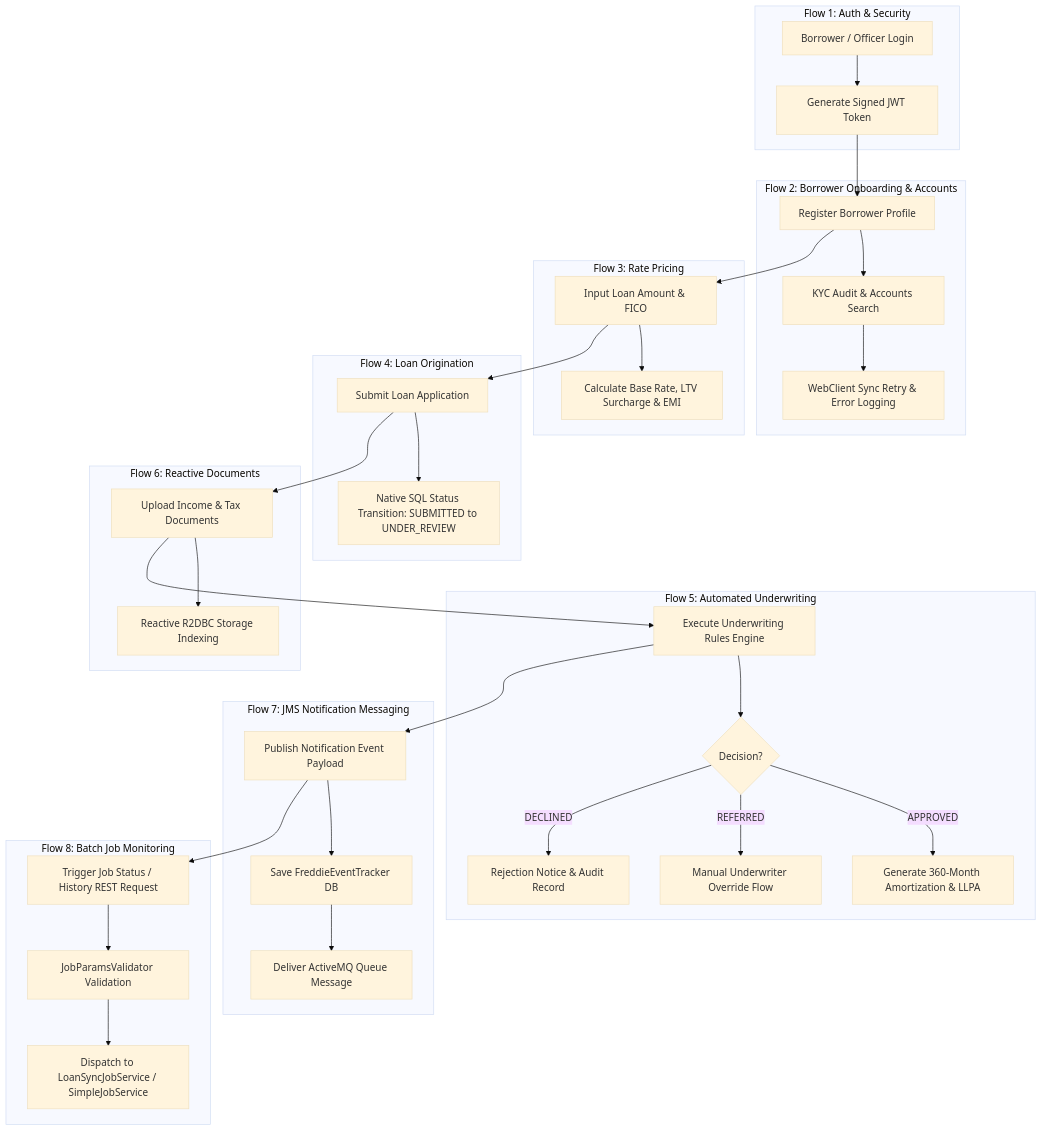
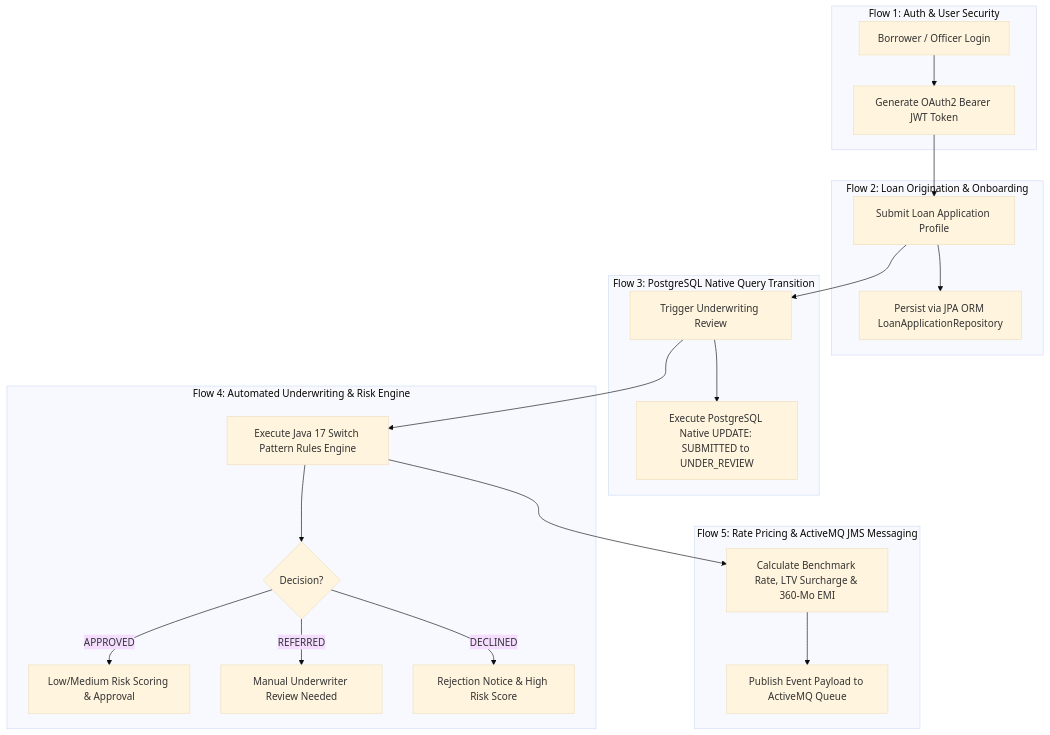
One commit to ramuhexware/Ucount_Mini_Application changed the first of 3 diagrams in freddie-loan-platform/README.md. Above: the diagram before and after it, drawn with Mermaid (base theme). The commit also changed other lines of this file and 269 other files, not shown here.

````diff
--- a/freddie-loan-platform/README.md
+++ b/freddie-loan-platform/README.md
@@ -56,32 +52,23 @@
 ```mermaid
 flowchart TD
-    subgraph Flow 1: Auth & Security
-        A1[Borrower / Officer Login] --> A2[Generate Signed JWT Token]
+    subgraph Flow 1: Auth & User Security
+        A1[Borrower / Officer Login] --> A2[Generate OAuth2 Bearer JWT Token]
     end
-    subgraph Flow 2: Borrower Onboarding & Accounts
-        B1[Register Borrower Profile] --> B2[KYC Audit & Accounts Search] --> B3[WebClient Sync Retry & Error Logging]
+    subgraph Flow 2: Loan Origination & Onboarding
+        B1[Submit Loan Application Profile] --> B2[Persist via JPA ORM LoanApplicationRepository]
     end
-    subgraph Flow 3: Rate Pricing
-        C1[Input Loan Amount & FICO] --> C2[Calculate Base Rate, LTV Surcharge & EMI]
+    subgraph Flow 3: PostgreSQL Native Query Transition
+        C1[Trigger Underwriting Review] --> C2[Execute PostgreSQL Native UPDATE: SUBMITTED to UNDER_REVIEW]
     end
-    subgraph Flow 4: Loan Origination
-        D1[Submit Loan Application] --> D2[Native SQL Status Transition: SUBMITTED to UNDER_REVIEW]
+    subgraph Flow 4: Automated Underwriting & Risk Engine
+        D1[Execute Java 17 Switch Pattern Rules Engine] --> D2{Decision?}
+        D2 -->|APPROVED| D3[Low/Medium Risk Scoring & Approval]
+        D2 -->|REFERRED| D4[Manual Underwriter Review Needed]
+        D2 -->|DECLINED| D5[Rejection Notice & High Risk Score]
     end
-    subgraph Flow 5: Automated Underwriting
-        E1[Execute Underwriting Rules Engine] --> E2{Decision?}
-        E2 -->|APPROVED| E3[Generate 360-Month Amortization & LLPA]
-        E2 -->|REFERRED| E4[Manual Underwriter Override Flow]
-        E2 -->|DECLINED| E5[Rejection Notice & Audit Record]
-    end
-    subgraph Flow 6: Reactive Documents
-        F1[Upload Income & Tax Documents] --> F2[Reactive R2DBC Storage Indexing]
-    end
-    subgraph Flow 7: JMS Notification Messaging
-        G1[Publish Notification Event Payload] --> G2[Save FreddieEventTracker DB] --> G3[Deliver ActiveMQ Queue Message]
-    end
-    subgraph Flow 8: Batch Job Monitoring
-        H1[Trigger Job Status / History REST Request] --> H2[JobParamsValidator Validation] --> H3[Dispatch to LoanSyncJobService / SimpleJobService]
+    subgraph Flow 5: Rate Pricing & ActiveMQ JMS Messaging
+        E1[Calculate Benchmark Rate, LTV Surcharge & 360-Mo EMI] --> E2[Publish Event Payload to ActiveMQ Queue]
     end
 
-    A2 --> B1 --> C1 --> D1 --> F1 --> E1 --> G1 --> H1
+    A2 --> B1 --> C1 --> D1 --> E1
 ```
````
